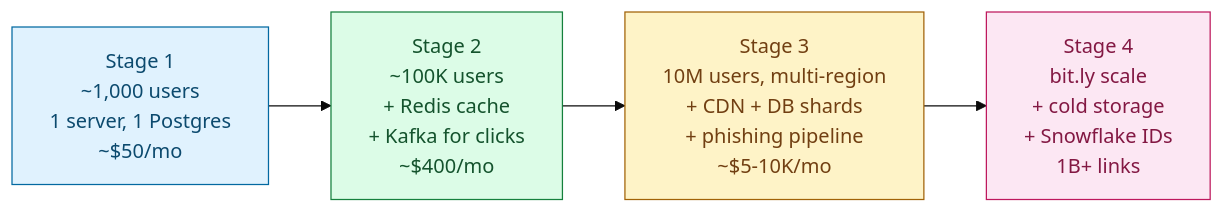
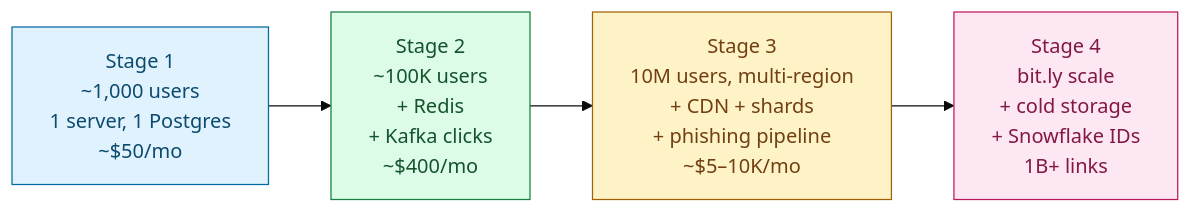
One commit to shiningflash/system-design changed the fifth of 5 diagrams in problems/001-url-shortener/solution.md. Above: the diagram before and after it, drawn with Mermaid (base theme). The commit also changed other lines of this file and 1 other file, not shown here.

````diff
--- a/problems/001-url-shortener/solution.md
+++ b/problems/001-url-shortener/solution.md
@@ -292,14 +318,13 @@
 ```mermaid
 flowchart LR
     S1["Stage 1<br/>~1,000 users<br/>1 server, 1 Postgres<br/>~$50/mo"]:::s1
-    S2["Stage 2<br/>~100K users<br/>+ Redis cache<br/>+ Kafka for clicks<br/>~$400/mo"]:::s2
-    S3["Stage 3<br/>10M users, multi-region<br/>+ CDN + DB shards<br/>+ phishing pipeline<br/>~$5-10K/mo"]:::s3
+    S2["Stage 2<br/>~100K users<br/>+ Redis<br/>+ Kafka clicks<br/>~$400/mo"]:::s2
+    S3["Stage 3<br/>10M users, multi-region<br/>+ CDN + shards<br/>+ phishing pipeline<br/>~$5–10K/mo"]:::s3
     S4["Stage 4<br/>bit.ly scale<br/>+ cold storage<br/>+ Snowflake IDs<br/>1B+ links"]:::s4
-
     S1 --> S2 --> S3 --> S4
 
     classDef s1 fill:#e0f2fe,stroke:#0369a1,color:#0c4a6e
     classDef s2 fill:#dcfce7,stroke:#15803d,color:#14532d
     classDef s3 fill:#fef3c7,stroke:#a16207,color:#713f12
     classDef s4 fill:#fce7f3,stroke:#be185d,color:#831843
 ```
````
